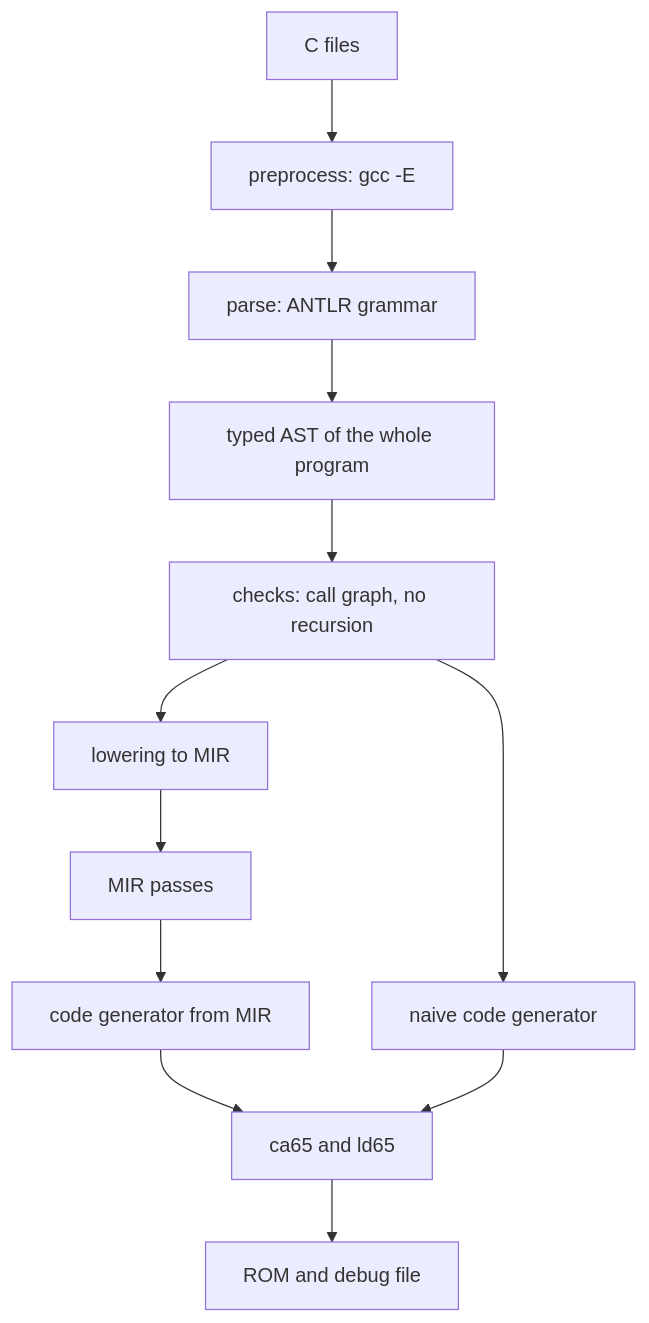
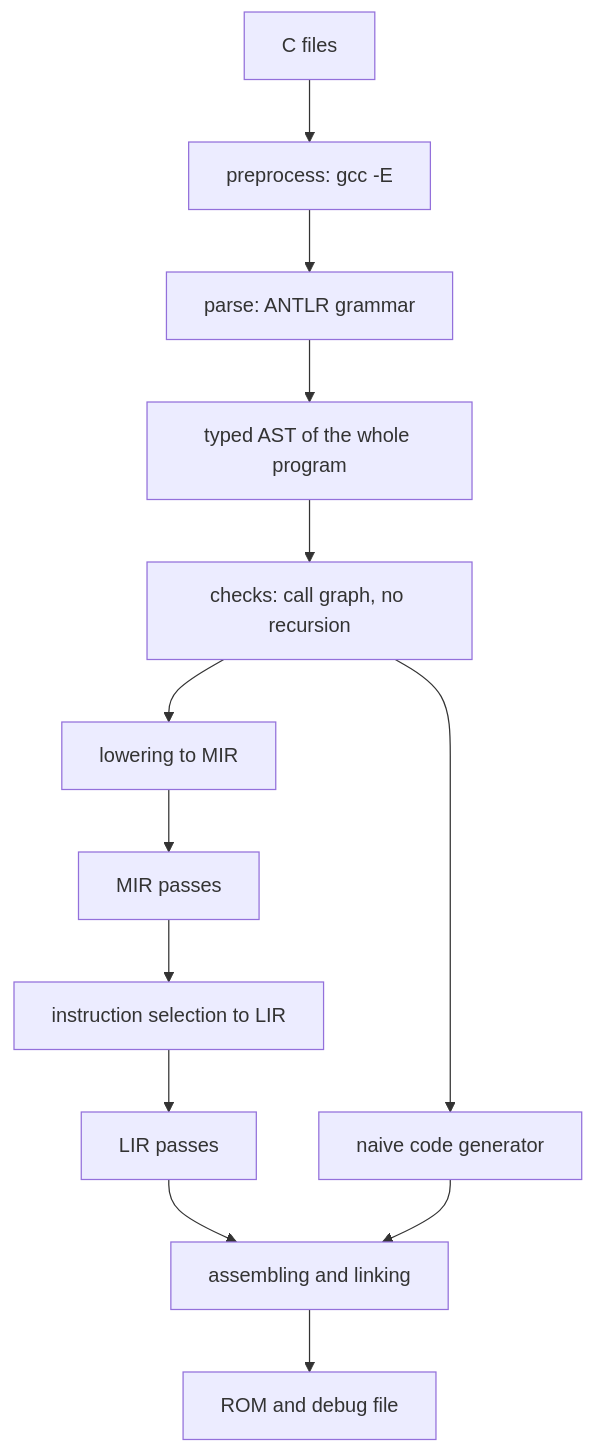
The diagram in docs/book/inside/how-a-compile-works.md (skerkewitz/superdevkit), drawn with Mermaid before and after one commit. The commit also changed other lines of this file and 27 other files, not shown here.

````diff
--- a/docs/book/inside/how-a-compile-works.md
+++ b/docs/book/inside/how-a-compile-works.md
@@ -16,14 +16,15 @@
 ```mermaid
 flowchart TD
     C[C files] --> PP[preprocess: gcc -E]
     PP --> P[parse: ANTLR grammar]
     P --> AST[typed AST of the whole program]
     AST --> CHK[checks: call graph, no recursion]
     CHK --> LOW[lowering to MIR]
     LOW --> PASS[MIR passes]
-    PASS --> MCG[code generator from MIR]
+    PASS --> SEL[instruction selection to LIR]
+    SEL --> LP[LIR passes]
     CHK --> NCG[naive code generator]
-    MCG --> AS[ca65 and ld65]
+    LP --> AS[assembling and linking]
     NCG --> AS
     AS --> ROM[ROM and debug file]
 ```
````
